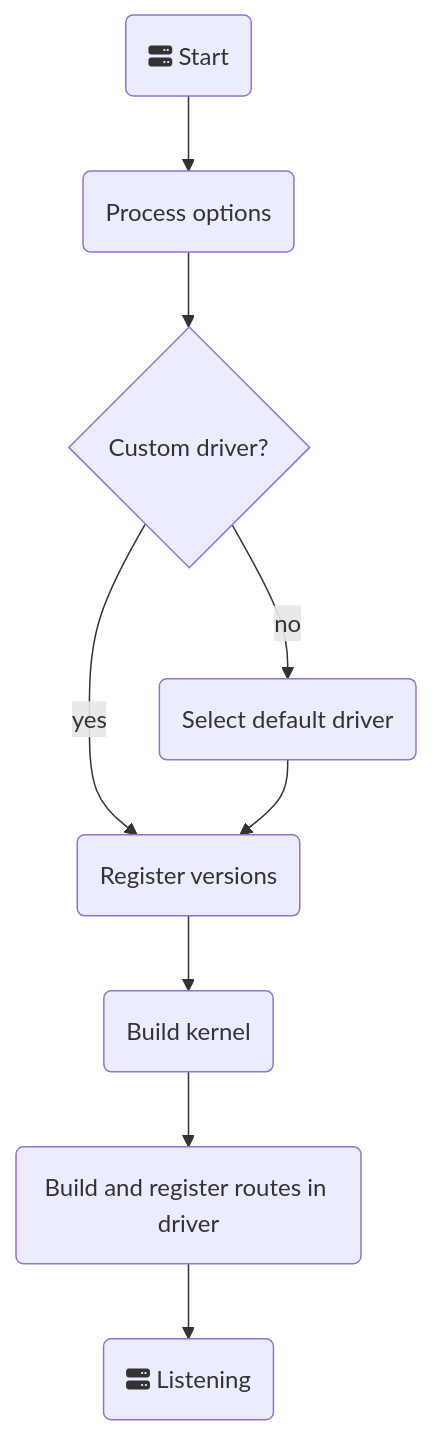
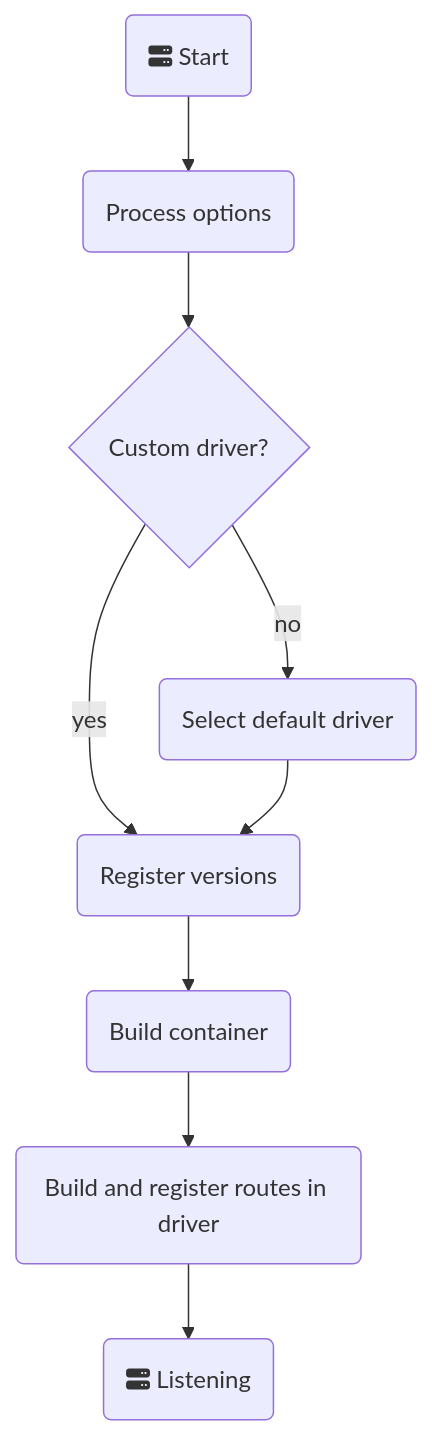
The first of 2 diagrams in docs/arch/lifecycle.md (jonnydgreen/api-framework), drawn with Mermaid before and after one commit. The commit also changed 17 other files, not shown here.

Commit message:
Rename kernel to container and clean up a few redundant TODOs

````diff
--- a/docs/arch/lifecycle.md
+++ b/docs/arch/lifecycle.md
@@ -7,10 +7,10 @@
 ```mermaid
 flowchart TD
     S(fa:fa-server Start) --> O(Process options)
     O --> D{Custom driver?}
     D -->|yes| V(Register versions)
     D -->|no| DD(Select default driver) --> V
-    V --> K(Build kernel)
+    V --> K(Build container)
     K --> R(Build and register routes in driver)
     R --> E(fa:fa-server Listening)
 ```
````
